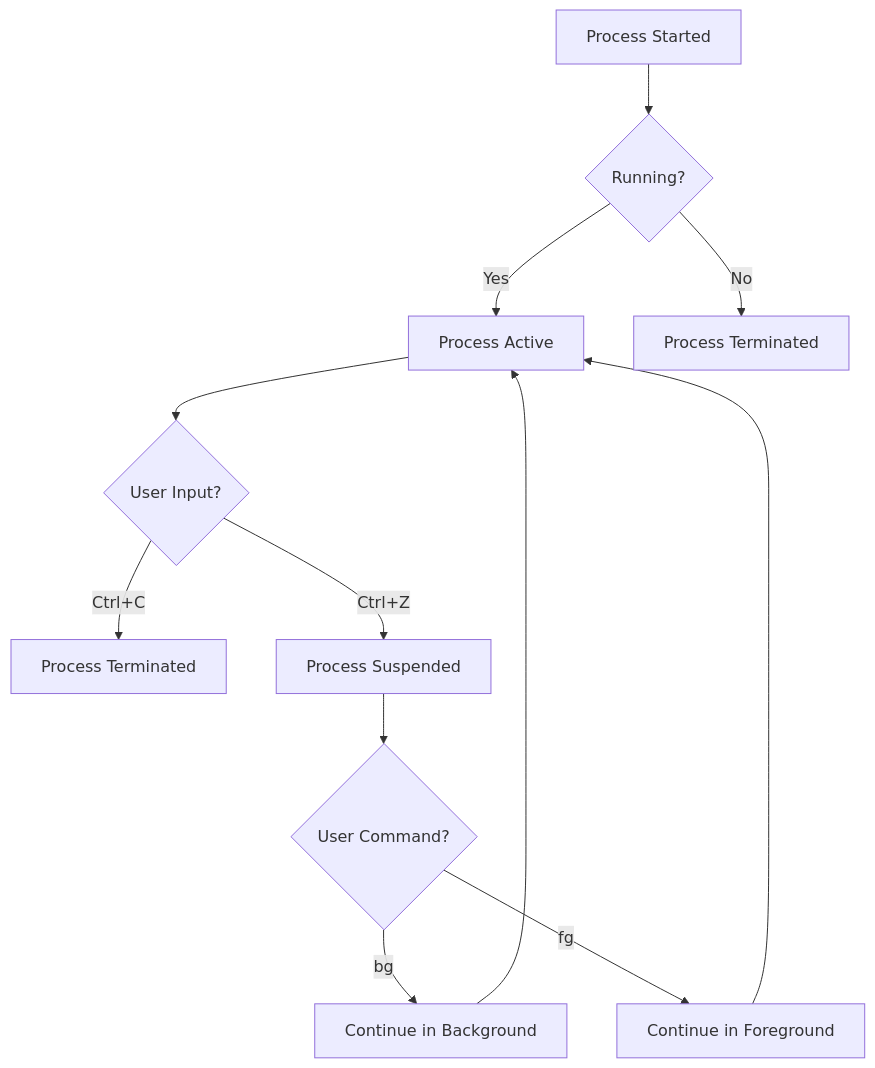
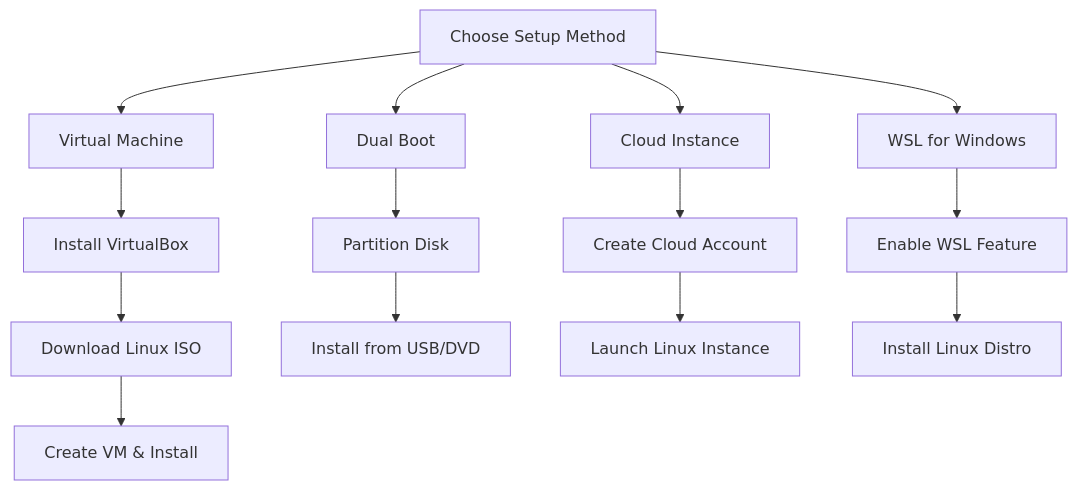
Before and after one commit to wahidyankf/oss: the first of 2 diagrams in apps-standalone/ayokoding-web/content/en/learn/crash-courses/swe/stacks/infra/linux-administration/basics.md, drawn with Mermaid. The commit also changed other lines of this file and 40 other files, not shown here.

````diff
--- a/apps-standalone/ayokoding-web/content/en/learn/crash-courses/swe/stacks/infra/linux-administration/basics.md
+++ b/apps-standalone/ayokoding-web/content/en/learn/crash-courses/swe/stacks/infra/linux-administration/basics.md
@@ -182,14 +30,20 @@
 ```mermaid
 graph TD
-    A[Process Started] --> B{Running?}
-    B -->|Yes| C[Process Active]
-    B -->|No| D[Process Terminated]
-    C --> E{User Input?}
-    E -->|Ctrl+C| F[Process Terminated]
-    E -->|Ctrl+Z| G[Process Suspended]
-    G --> H{User Command?}
-    H -->|bg| I[Continue in Background]
-    H -->|fg| J[Continue in Foreground]
-    I --> C
-    J --> C
+    A[Choose Setup Method] --> B[Virtual Machine]
+    A --> C[Dual Boot]
+    A --> D[Cloud Instance]
+    A --> E[WSL for Windows]
+
+    B --> F[Install VirtualBox]
+    F --> G[Download Linux ISO]
+    G --> H[Create VM & Install]
+
+    C --> I[Partition Disk]
+    I --> J[Install from USB/DVD]
+
+    D --> K[Create Cloud Account]
+    K --> L[Launch Linux Instance]
+
+    E --> M[Enable WSL Feature]
+    M --> N[Install Linux Distro]
 ```
````
